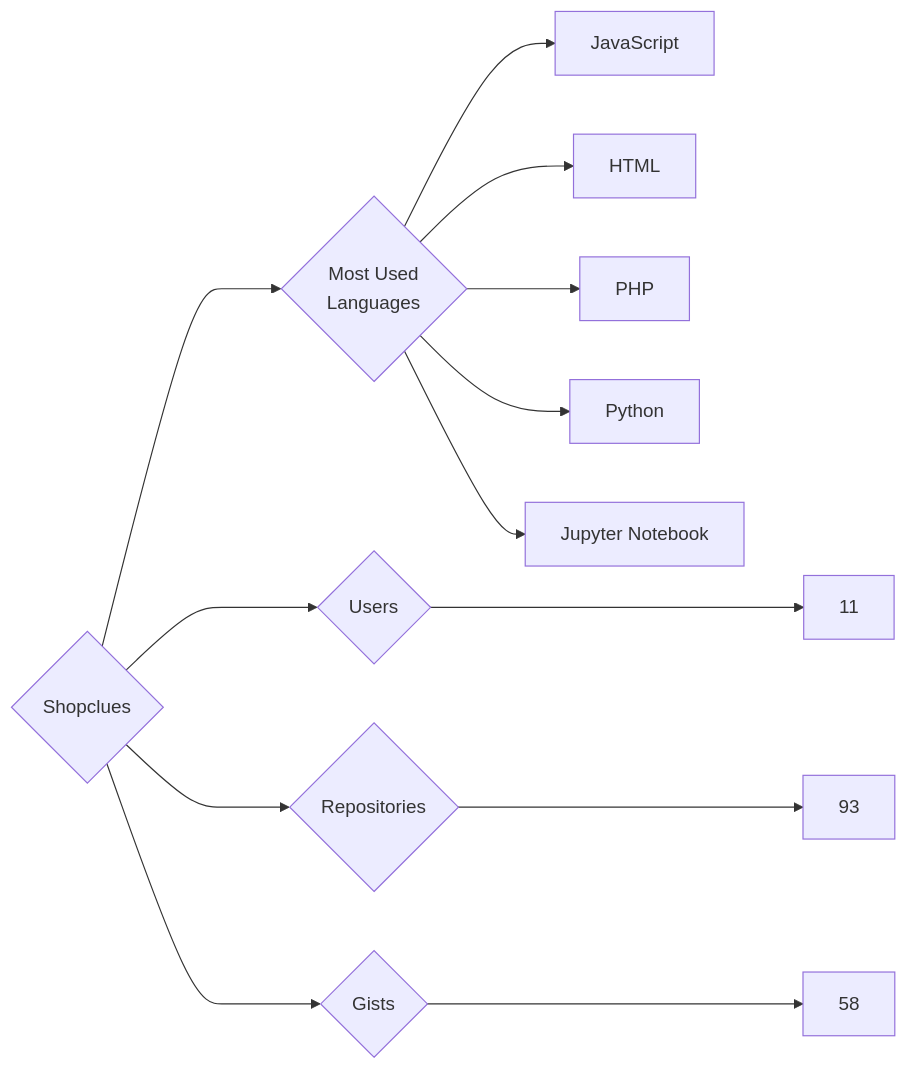
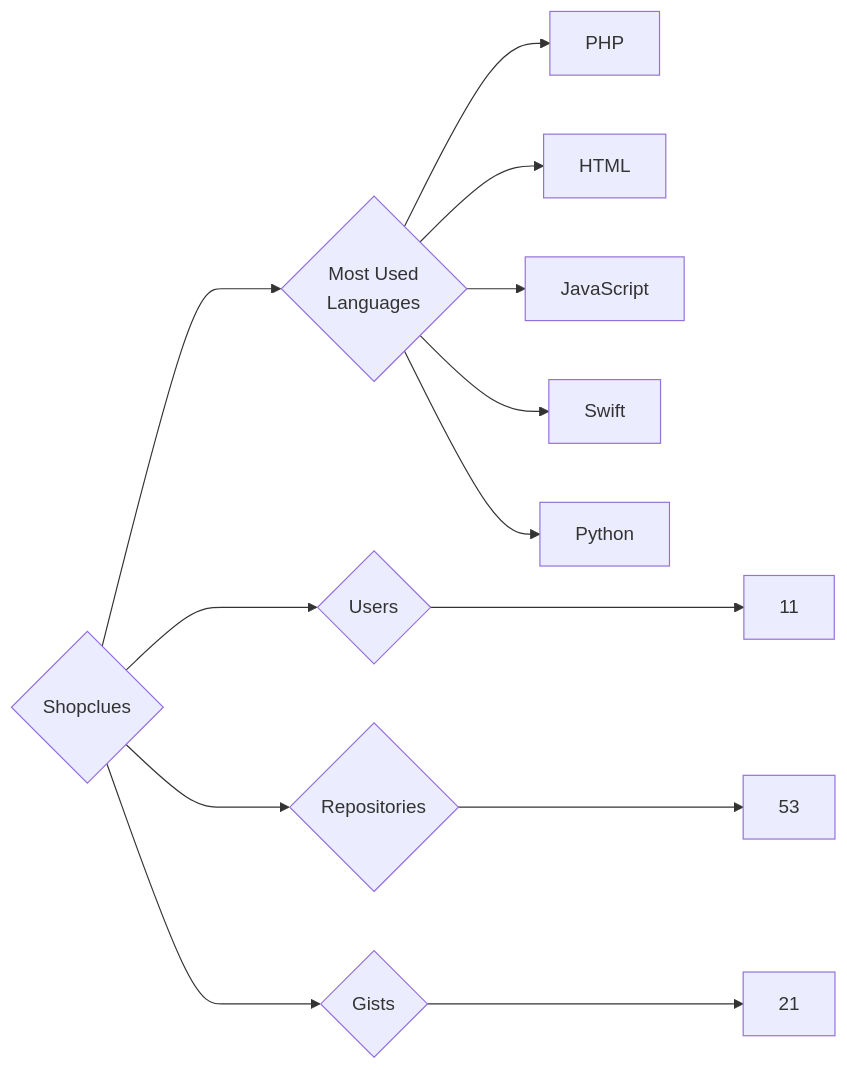
Before and after one commit to trickest/insiders: the diagram in targets/Shopclues/README.md, drawn with Mermaid. The commit also changed 898 other files, not shown here.

````diff
--- a/targets/Shopclues/README.md
+++ b/targets/Shopclues/README.md
@@ -3,13 +3,13 @@
 ```mermaid
 graph LR
 COMPANY_NAME{Shopclues}
 COMPANY_NAME ---> U{Users} ---> UN[11]
-COMPANY_NAME ---> R{Repositories} ---> RN[93]
-COMPANY_NAME ---> G{Gists} ---> GN[58]
+COMPANY_NAME ---> R{Repositories} ---> RN[53]
+COMPANY_NAME ---> G{Gists} ---> GN[21]
 COMPANY_NAME ---> ML{Most Used<br>Languages}
+ML --> PHP[PHP]
+ML --> HTML[HTML]
 ML --> JavaScript[JavaScript]
-ML --> HTML[HTML]
-ML --> PHP[PHP]
+ML --> Swift[Swift]
 ML --> Python[Python]
-ML --> Jupyter_Notebook[Jupyter Notebook]
 ```
````
